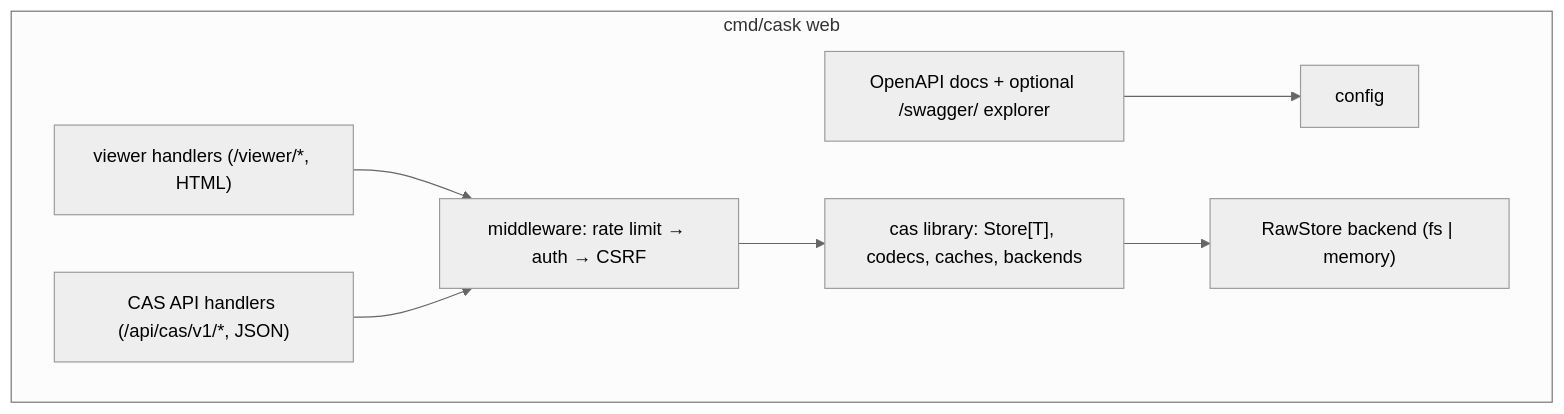
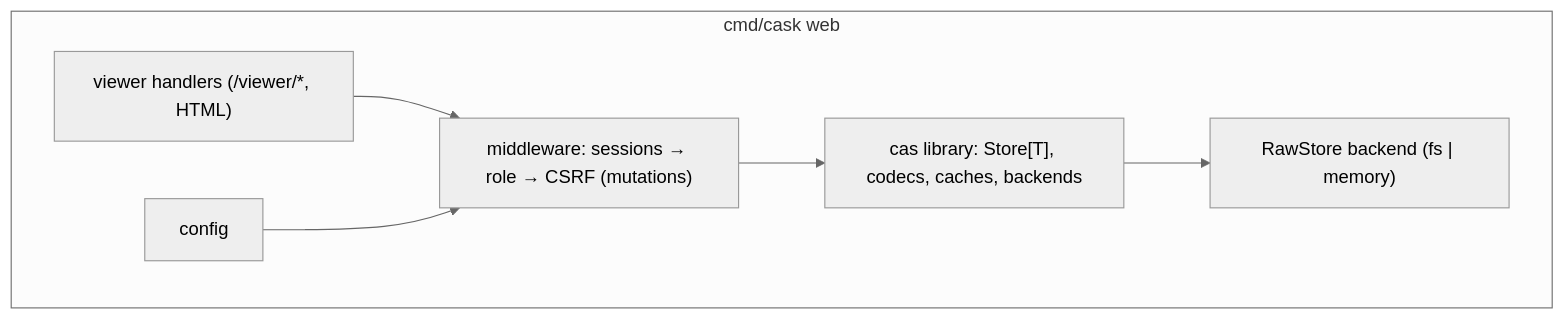
Before and after one commit to dmundt/go-cask: the diagram in .github/instructions/backend-architecture.instructions.md, drawn with Mermaid (neutral theme). The commit also changed other lines of this file and 20 other files, not shown here.

Commit message:
docs: drop CAS API; viewer-only server surface

````diff
--- a/.github/instructions/backend-architecture.instructions.md
+++ b/.github/instructions/backend-architecture.instructions.md
@@ -79,17 +74,14 @@
 ```mermaid
 flowchart TB
     subgraph BIN["cmd/cask web"]
         CFG["config"]
-        MID["middleware: rate limit → auth → CSRF"]
+        MID["middleware: sessions → role → CSRF (mutations)"]
         VH["viewer handlers (/viewer/*, HTML)"]
-        CA["CAS API handlers (/api/cas/v1/*, JSON)"]
-        SW["OpenAPI docs + optional /swagger/ explorer"]
         CASLIB["cas library: Store[T], codecs, caches, backends"]
         STORE["RawStore backend (fs | memory)"]
         VH --> MID
-        CA --> MID
         MID --> CASLIB
         CASLIB --> STORE
-        SW --> CFG
+        CFG --> MID
     end
 ```
````
